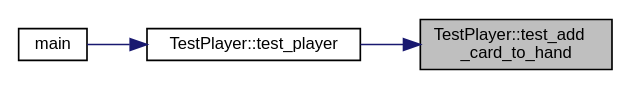
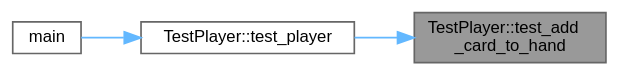
The diagram in class_test_player_a91fe2f759e51f6452dbddcf453c0f1f5_icgraph.dot (jesstyrrell/cosc345), drawn with Graphviz before and after one commit. The commit also changed 332 other files, not shown here.

```diff
--- a/class_test_player_a91fe2f759e51f6452dbddcf453c0f1f5_icgraph.dot
+++ b/class_test_player_a91fe2f759e51f6452dbddcf453c0f1f5_icgraph.dot
@@ -1,13 +1,14 @@
 digraph "TestPlayer::test_add_card_to_hand"
 {
  // INTERACTIVE_SVG=YES
  // LATEX_PDF_SIZE
-  edge [fontname="Helvetica",fontsize="10",labelfontname="Helvetica",labelfontsize="10"];
-  node [fontname="Helvetica",fontsize="10",shape=record];
+  bgcolor="transparent";
+  edge [fontname=Helvetica,fontsize=10,labelfontname=Helvetica,labelfontsize=10];
+  node [fontname=Helvetica,fontsize=10,shape=box,height=0.2,width=0.4];
   rankdir="RL";
-  Node1 [label="TestPlayer::test_add\l_card_to_hand",height=0.2,width=0.4,color="black", fillcolor="grey75", style="filled", fontcolor="black",tooltip=" "];
-  Node1 -> Node2 [dir="back",color="midnightblue",fontsize="10",style="solid",fontname="Helvetica"];
-  Node2 [label="TestPlayer::test_player",height=0.2,width=0.4,color="black", fillcolor="white", style="filled",URL="$class_test_player.html#aaf41022e7a915175e1538c5a7b0b2b88",tooltip=" "];
-  Node2 -> Node3 [dir="back",color="midnightblue",fontsize="10",style="solid",fontname="Helvetica"];
-  Node3 [label="main",height=0.2,width=0.4,color="black", fillcolor="white", style="filled",URL="$test___player_8cpp.html#ae66f6b31b5ad750f1fe042a706a4e3d4",tooltip=" "];
+  Node1 [id="Node000001",label="TestPlayer::test_add\l_card_to_hand",height=0.2,width=0.4,color="gray40", fillcolor="grey60", style="filled", fontcolor="black",tooltip=" "];
+  Node1 -> Node2 [id="edge1_Node000001_Node000002",dir="back",color="steelblue1",style="solid",tooltip=" "];
+  Node2 [id="Node000002",label="TestPlayer::test_player",height=0.2,width=0.4,color="grey40", fillcolor="white", style="filled",URL="$class_test_player.html#aaf41022e7a915175e1538c5a7b0b2b88",tooltip=" "];
+  Node2 -> Node3 [id="edge2_Node000002_Node000003",dir="back",color="steelblue1",style="solid",tooltip=" "];
+  Node3 [id="Node000003",label="main",height=0.2,width=0.4,color="grey40", fillcolor="white", style="filled",URL="$test___player_8cpp.html#ae66f6b31b5ad750f1fe042a706a4e3d4",tooltip=" "];
 }
```
